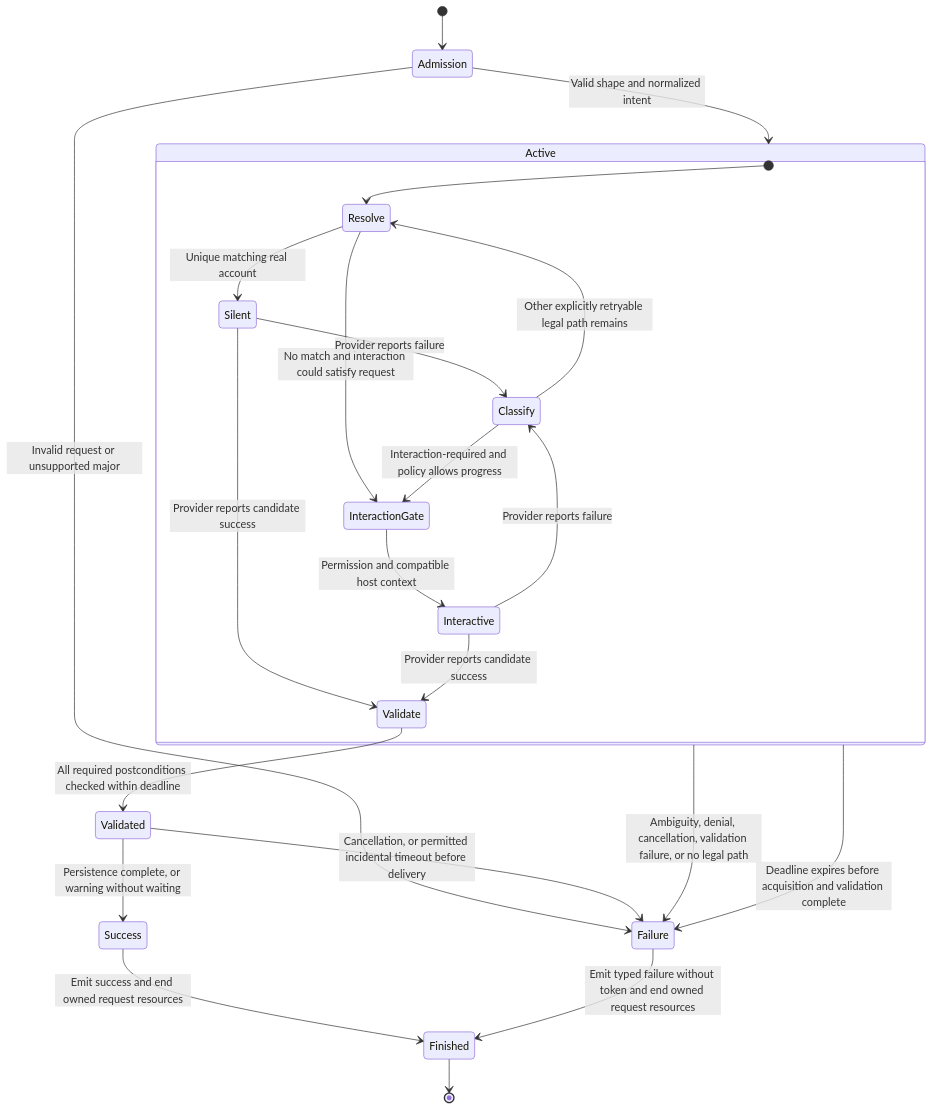
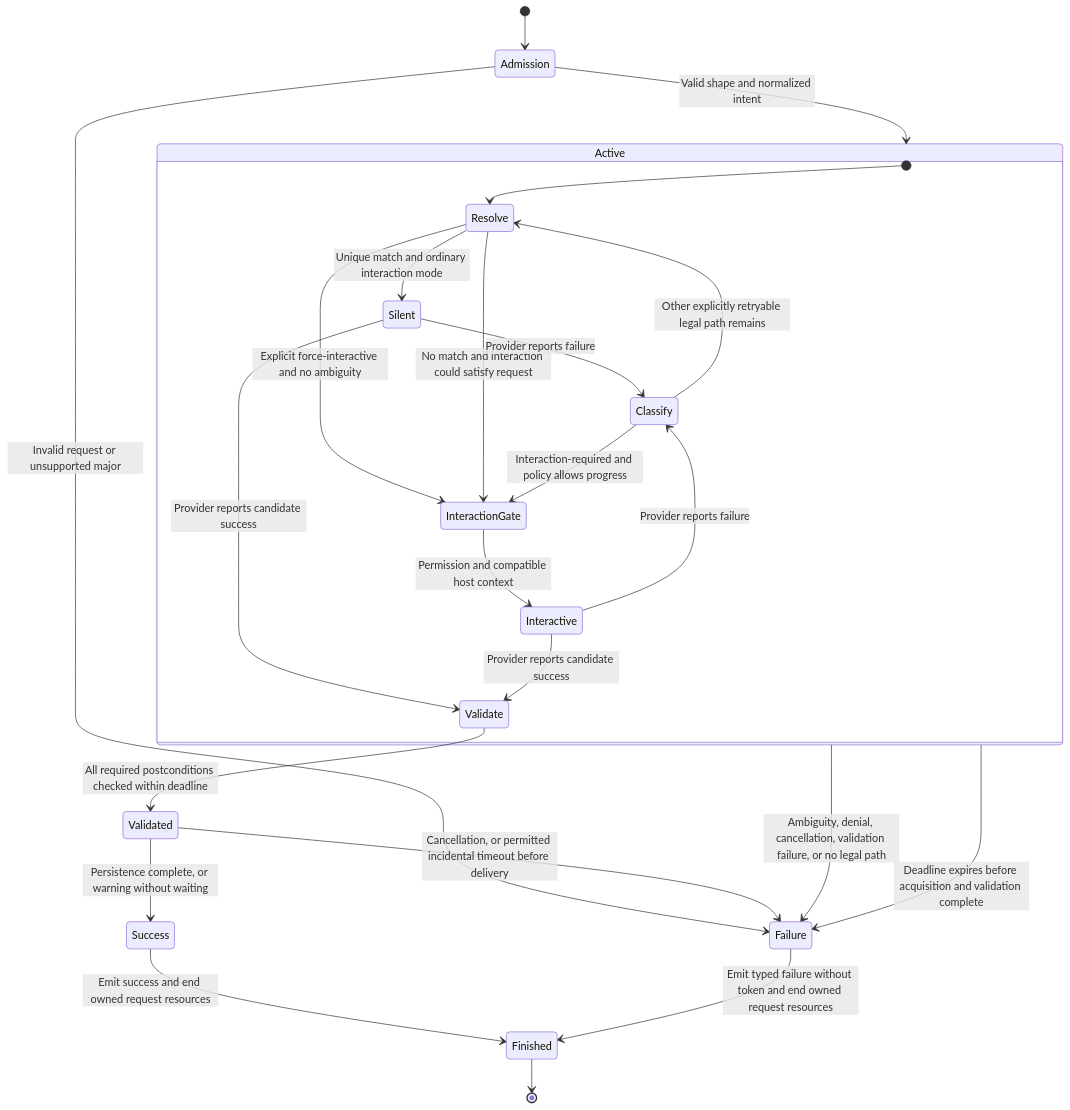
One commit to hcoona/microsoft-authentication-cli changed the third of 3 diagrams in docs/architecture/request-lifecycle.md. Above: the diagram before and after it, drawn with Mermaid. The commit also changed other lines of this file and 8 other files, not shown here.

````diff
--- a/docs/architecture/request-lifecycle.md
+++ b/docs/architecture/request-lifecycle.md
@@ -142,26 +159,27 @@
 ```mermaid
 stateDiagram-v2
     [*] --> Admission
     Admission --> Active: Valid shape and normalized intent
     Admission --> Failure: Invalid request or unsupported major
     state Active {
         [*] --> Resolve
-        Resolve --> Silent: Unique matching real account
+        Resolve --> Silent: Unique match and ordinary interaction mode
+        Resolve --> InteractionGate: Explicit force-interactive and no ambiguity
         Resolve --> InteractionGate: No match and interaction could satisfy request
         Silent --> Validate: Provider reports candidate success
         Silent --> Classify: Provider reports failure
         Classify --> InteractionGate: Interaction-required and policy allows progress
         Classify --> Resolve: Other explicitly retryable legal path remains
         InteractionGate --> Interactive: Permission and compatible host context
         Interactive --> Validate: Provider reports candidate success
         Interactive --> Classify: Provider reports failure
     }
     Active --> Failure: Ambiguity, denial, cancellation, validation failure, or no legal path
     Active --> Failure: Deadline expires before acquisition and validation complete
     Validate --> Validated: All required postconditions checked within deadline
     Validated --> Success: Persistence complete, or warning without waiting
     Validated --> Failure: Cancellation, or permitted incidental timeout before delivery
     Success --> Finished: Emit success and end owned request resources
     Failure --> Finished: Emit typed failure without token and end owned request resources
     Finished --> [*]
 ```
````
